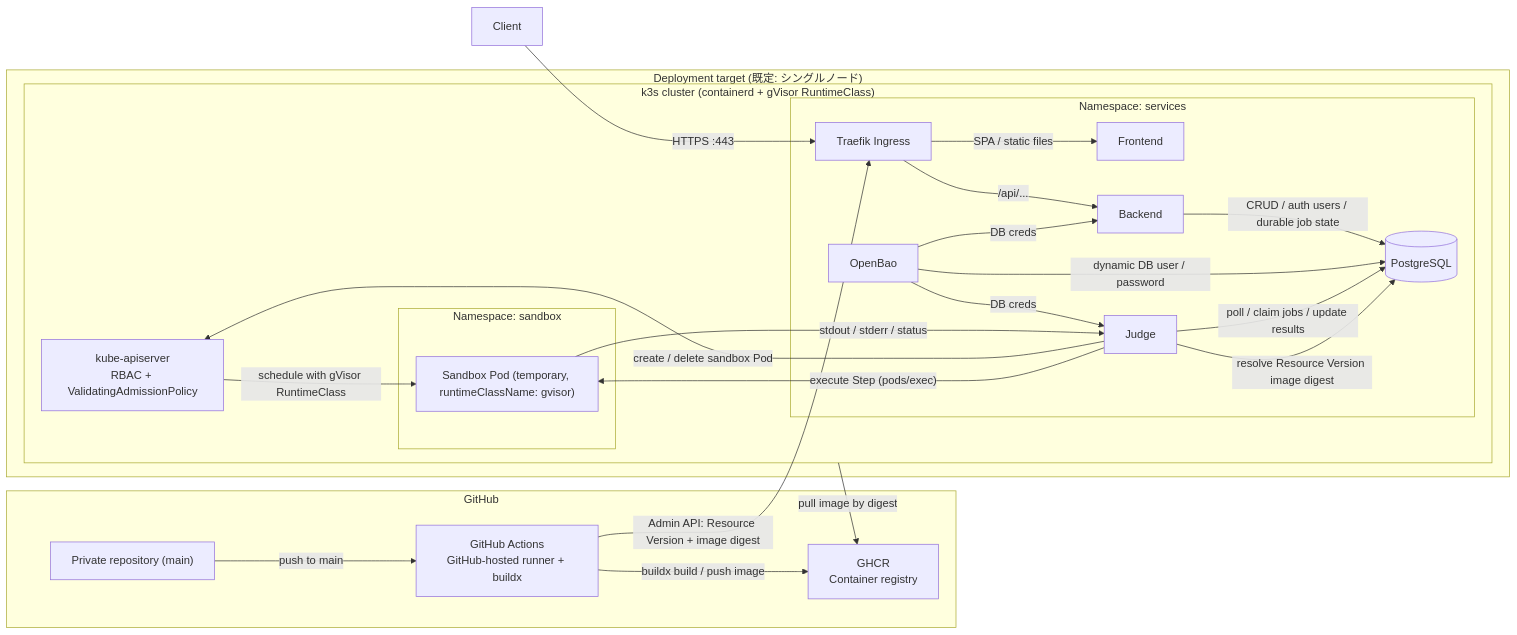
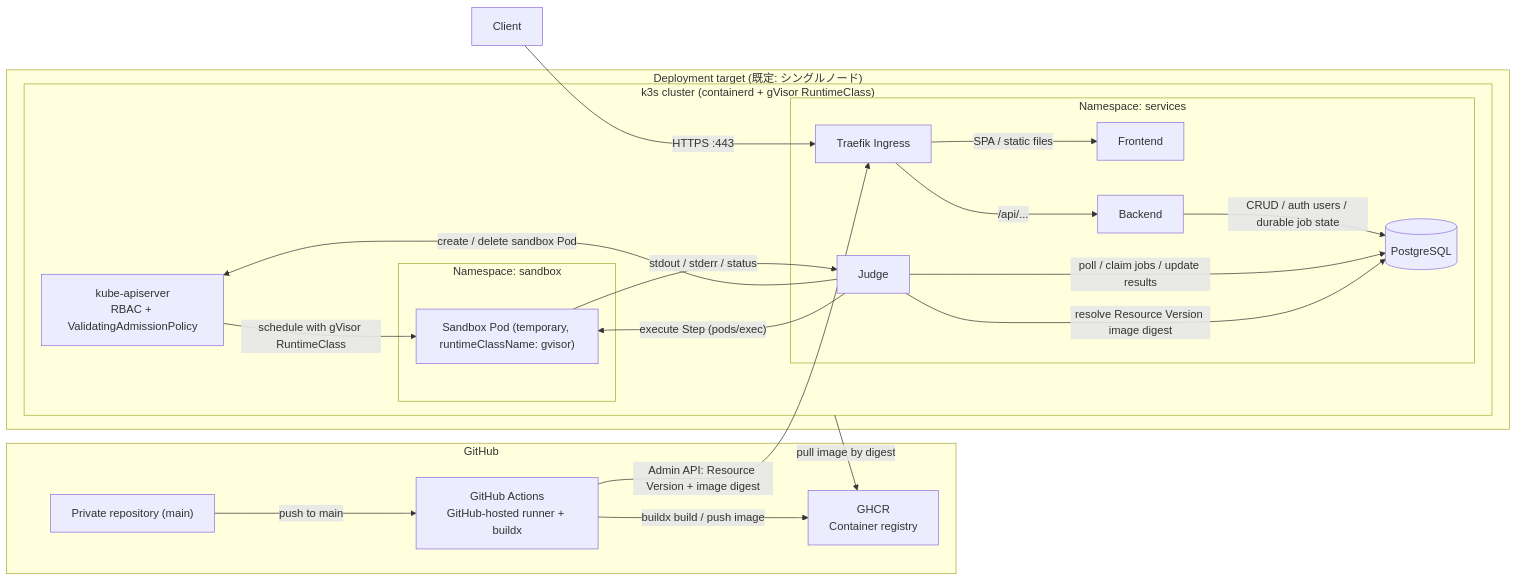
One commit to dsa-uts/dsa-project changed the diagram in docs/spec/README.md. Above: the diagram before and after it, drawn with Mermaid. The commit also changed other lines of this file and 34 other files, not shown here.

First line of the commit message:
Remove repository-managed k3s and OpenBao (#137)

````diff
--- a/docs/spec/README.md
+++ b/docs/spec/README.md
@@ -70,50 +70,46 @@
 ```mermaid
 flowchart LR
   client[Client]
 
   subgraph github["GitHub"]
     repo["Private repository (main)"]
     gha["GitHub Actions<br/>GitHub-hosted runner + buildx"]
     ghcr["GHCR<br/>Container registry"]
   end
 
   subgraph host["Deployment target (既定: シングルノード)"]
     subgraph k3s["k3s cluster (containerd + gVisor RuntimeClass)"]
       api["kube-apiserver<br/>RBAC + ValidatingAdmissionPolicy"]
 
       subgraph nsServices["Namespace: services"]
         IG[Traefik Ingress]
         FE[Frontend]
         BE[Backend]
         DB[(PostgreSQL)]
-        OB[OpenBao]
         JD[Judge]
       end
 
       subgraph nsSandbox["Namespace: sandbox"]
         sandbox["Sandbox Pod (temporary, runtimeClassName: gvisor)"]
       end
     end
   end
 
   repo -->|push to main| gha
   gha -->|buildx build / push image| ghcr
   gha -->|Admin API: Resource Version + image digest| IG
 
   client -->|HTTPS :443| IG
   IG -->|SPA / static files| FE
   IG -->|/api/...| BE
 
   BE -->|CRUD / auth users / durable job state| DB
-  OB -->|DB creds| BE
-  OB -->|DB creds| JD
-  OB -->|dynamic DB user / password| DB
 
   JD -->|poll / claim jobs / update results| DB
   JD -->|resolve Resource Version image digest| DB
   JD -->|create / delete sandbox Pod| api
   api -->|schedule with gVisor RuntimeClass| sandbox
   k3s -->|pull image by digest| ghcr
   JD -->|"execute Step (pods/exec)"| sandbox
   sandbox -->|stdout / stderr / status| JD
 ```
````
